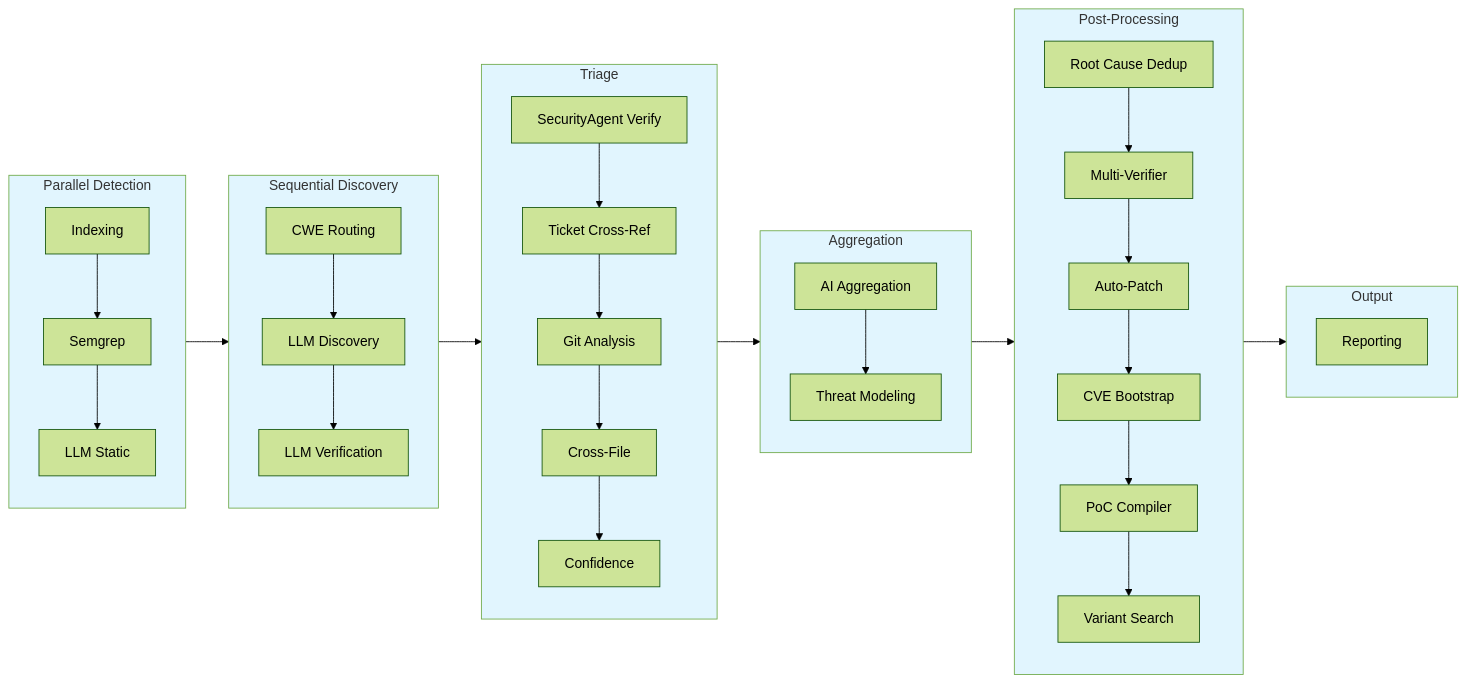
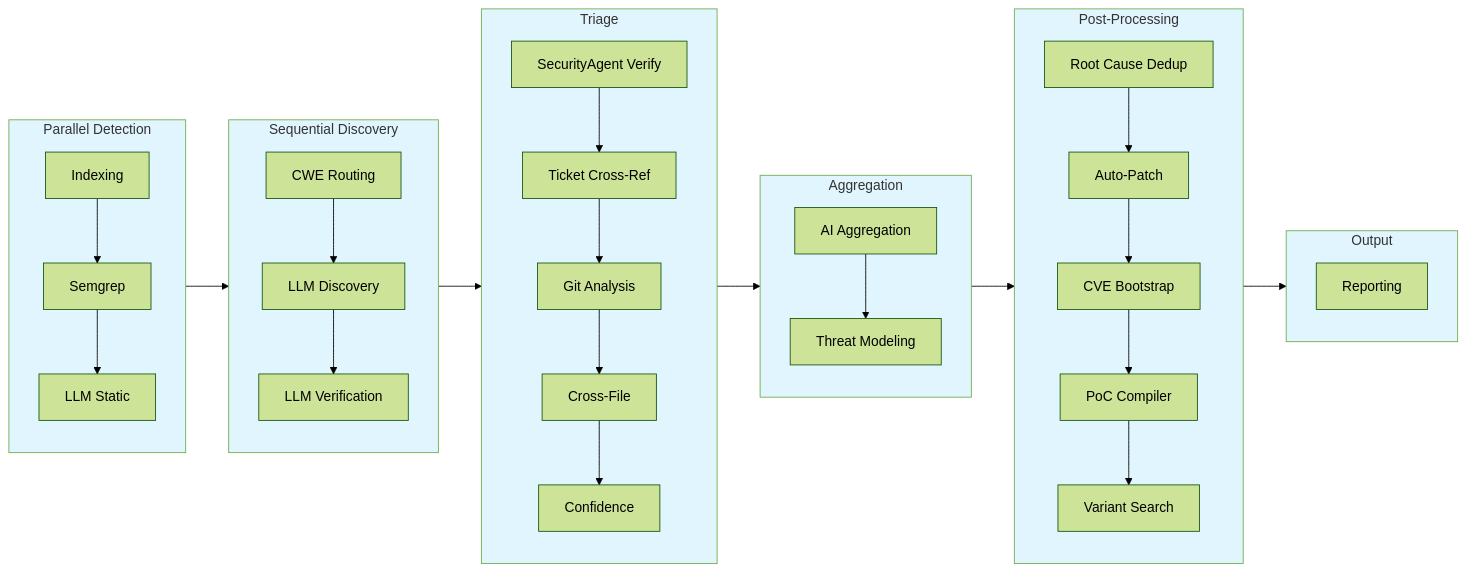
The diagram in docs/architecture.md (CodeAtCode/baco-scanner), drawn with Mermaid (forest theme) before and after one commit. The commit also changed other lines of this file and 95 other files, not shown here.

Commit message:
feat(update): working on next release ♬ Dana Jean Phoenix & Powernerd - Figure Me Out (New Arcades Remix)

````diff
--- a/docs/architecture.md
+++ b/docs/architecture.md
@@ -46,46 +46,46 @@
 ```mermaid
 flowchart LR
     subgraph Parallel["Parallel Detection"]
         direction TB
         A1[Indexing] --> A2[Semgrep] --> A3[LLM Static]
     end
 
     subgraph Discovery["Sequential Discovery"]
         direction TB
         B1[CWE Routing] --> B2[LLM Discovery] --> B3[LLM Verification]
     end
 
     subgraph Triage["Triage"]
         direction TB
         C1[SecurityAgent Verify] --> C2[Ticket Cross-Ref] --> C3[Git Analysis] --> C4[Cross-File] --> C5[Confidence]
     end
 
     subgraph Aggregation["Aggregation"]
         direction TB
         D1[AI Aggregation] --> D2[Threat Modeling]
     end
 
     subgraph PostProcessing["Post-Processing"]
         direction TB
-        E1[Root Cause Dedup] --> E2[Multi-Verifier] --> E3[Auto-Patch] --> E4[CVE Bootstrap] --> E5[PoC Compiler] --> E6[Variant Search]
+        E1[Root Cause Dedup] --> E2[Auto-Patch] --> E3[CVE Bootstrap] --> E4[PoC Compiler] --> E5[Variant Search]
     end
 
     subgraph Output["Output"]
         direction TB
         F1[Reporting]
     end
 
     A3 --> B1
     B3 --> C1
     C5 --> D1
     D2 --> E1
-    E6 --> F1
+    E5 --> F1
 
     classDef parallel fill:#e1f5fe
     classDef discovery fill:#fff3e0
     classDef triage fill:#f3e5f5
     classDef aggregation fill:#e8f5e9
     classDef postproc fill:#fce4ec
     classDef output fill:#eceff1
     class Parallel,Discovery,Triage,Aggregation,PostProcessing,Output parallel
 ```
````
